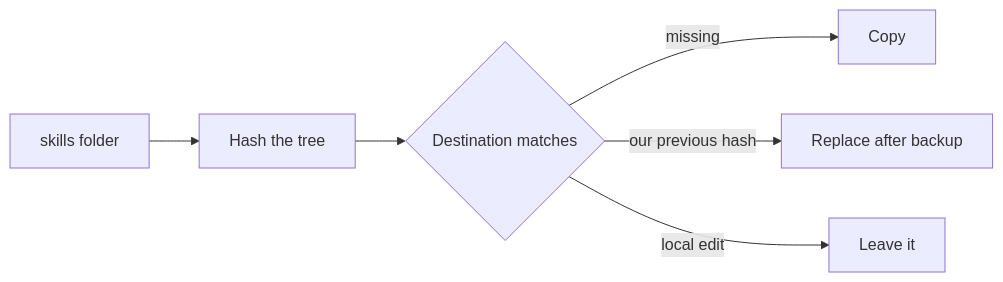
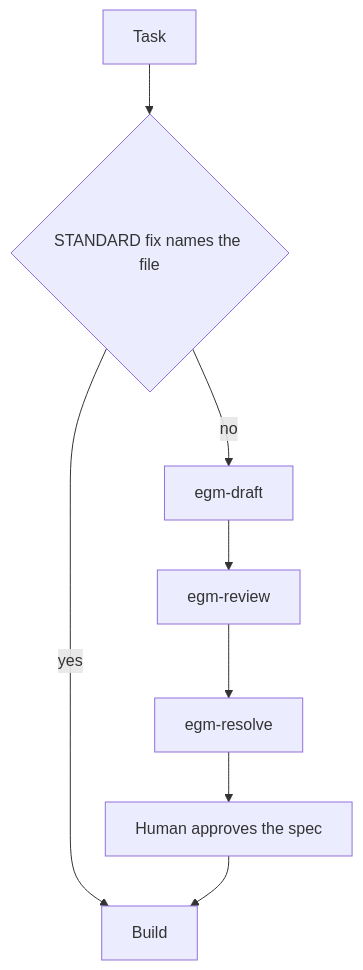
Before and after one commit to mahik504/orchestra-workflow: the fifth of 10 diagrams in README.md, drawn with Mermaid. The commit also changed other lines of this file and 416 other files, not shown here.

````diff
--- a/README.md
+++ b/README.md
@@ -61,8 +94,10 @@
 ```mermaid
-flowchart LR
-  source[skills folder] --> hash[Hash the tree]
-  hash --> same{Destination matches}
-  same -->|missing| copy[Copy]
-  same -->|our previous hash| replace[Replace after backup]
-  same -->|local edit| keep[Leave it]
+flowchart TD
+  task[Task] --> named{STANDARD fix names the file}
+  named -->|yes| build[Build]
+  named -->|no| draft[egm-draft]
+  draft --> review[egm-review]
+  review --> resolve[egm-resolve]
+  resolve --> human[Human approves the spec]
+  human --> build
 ```
````
